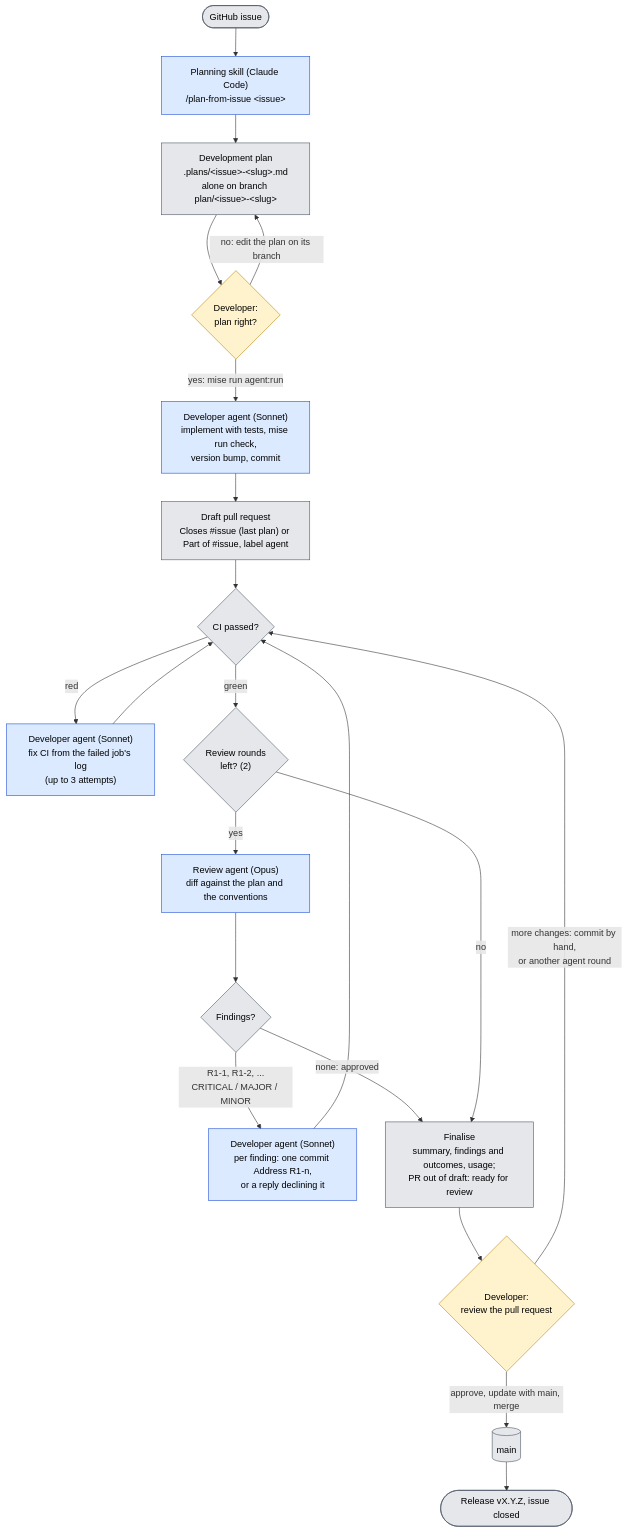
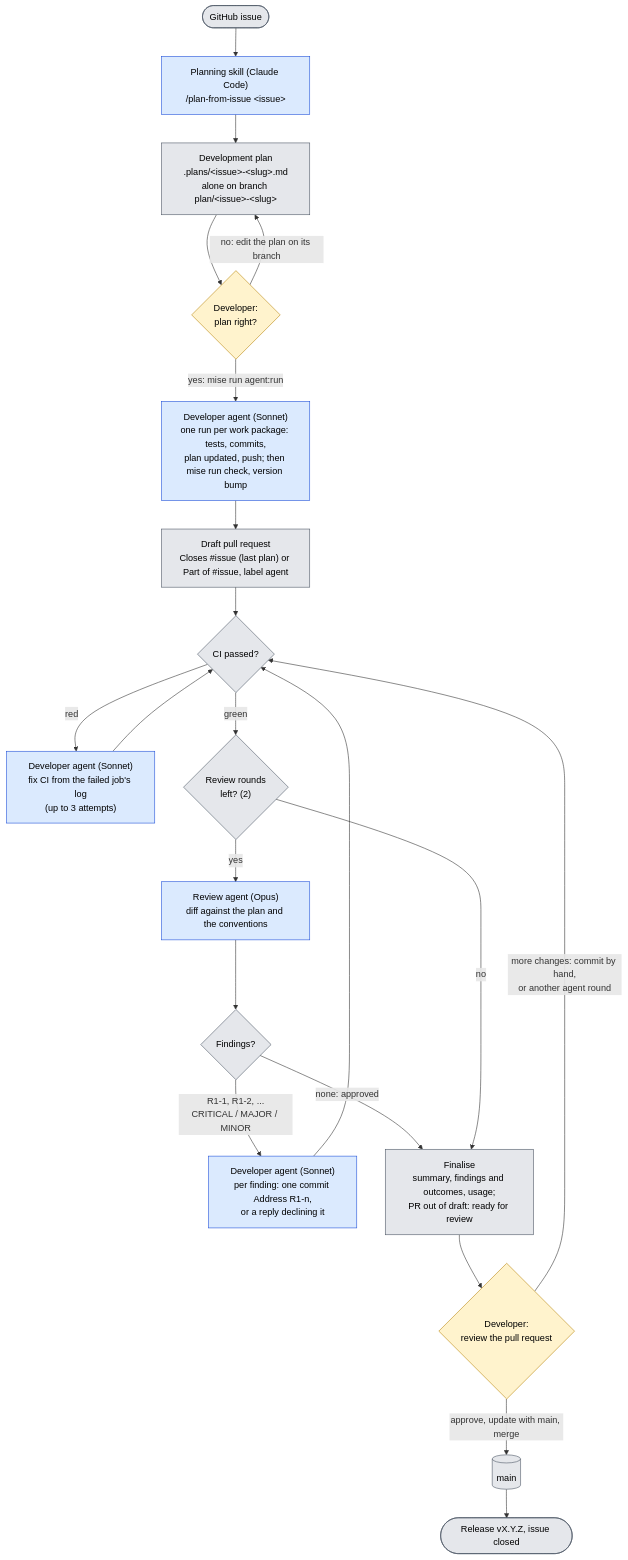
One commit to ramazangirgin/trading-analysis-platform changed the diagram in docs/agentic-development.md. Above: the diagram before and after it, drawn with Mermaid. The commit also changed other lines of this file, not shown here.

Commit message:
Document the work package loop

````diff
--- a/docs/agentic-development.md
+++ b/docs/agentic-development.md
@@ -10,30 +10,30 @@
 ```mermaid
 flowchart TD
     issue(["GitHub issue"]) --> skill["Planning skill (Claude Code)<br/>/plan-from-issue #lt;issue#gt;"]
     skill --> plan["Development plan<br/>.plans/#lt;issue#gt;-#lt;slug#gt;.md<br/>alone on branch plan/#lt;issue#gt;-#lt;slug#gt;"]
     plan --> approvePlan{"Developer:<br/>plan right?"}
     approvePlan -- "no: edit the plan on its branch" --> plan
-    approvePlan -- "yes: mise run agent:run" --> implement["Developer agent (Sonnet)<br/>implement with tests, mise run check,<br/>version bump, commit"]
+    approvePlan -- "yes: mise run agent:run" --> implement["Developer agent (Sonnet)<br/>one run per work package: tests, commits,<br/>plan updated, push; then mise run check, version bump"]
     implement --> draft["Draft pull request<br/>Closes #issue (last plan) or Part of #issue, label agent"]
     draft --> ci{"CI passed?"}
     ci -- "red" --> fixCi["Developer agent (Sonnet)<br/>fix CI from the failed job's log<br/>(up to 3 attempts)"]
     fixCi --> ci
     ci -- "green" --> rounds{"Review rounds<br/>left? (2)"}
     rounds -- "yes" --> review["Review agent (Opus)<br/>diff against the plan and the conventions"]
     review --> findings{"Findings?"}
     findings -- "R1-1, R1-2, ...<br/>CRITICAL / MAJOR / MINOR" --> fix["Developer agent (Sonnet)<br/>per finding: one commit Address R1-n,<br/>or a reply declining it"]
     fix --> ci
     findings -- "none: approved" --> finalise
     rounds -- "no" --> finalise["Finalise<br/>summary, findings and outcomes, usage;<br/>PR out of draft: ready for review"]
     finalise --> reviewPr{"Developer:<br/>review the pull request"}
     reviewPr -- "more changes: commit by hand,<br/>or another agent round" --> ci
     reviewPr -- "approve, update with main, merge" --> main[("main")]
     main --> release(["Release vX.Y.Z, issue closed"])
 
     classDef developer fill:#fff3cd,stroke:#b8860b,color:#000
     classDef agent fill:#dbeafe,stroke:#1d4ed8,color:#000
     classDef github fill:#e5e7eb,stroke:#4b5563,color:#000
     class approvePlan,reviewPr developer
     class skill,implement,fixCi,review,fix agent
     class issue,plan,draft,ci,rounds,findings,finalise,main,release github
 ```
````
